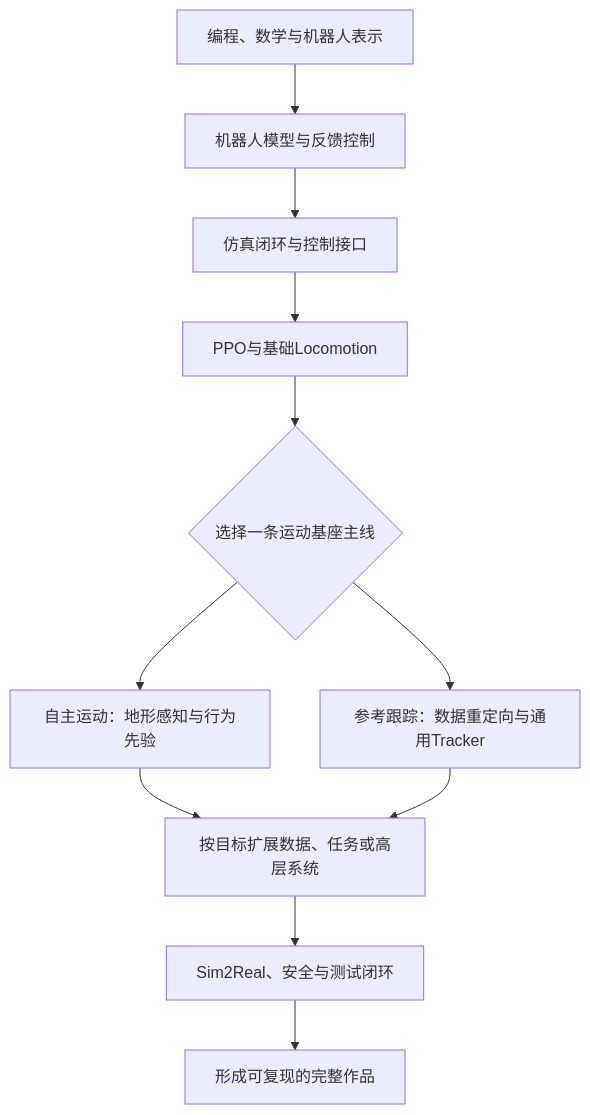
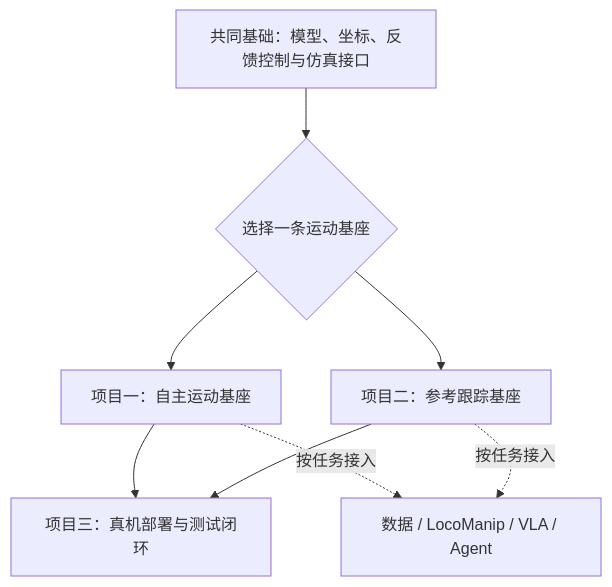
One commit to RealXiaoze/humanoid-motion-intelligence changed the diagram in 技术路线/README.md. Above: the diagram before and after it, drawn with Mermaid. The commit also changed other lines of this file and 11 other files, not shown here.

````diff
--- a/技术路线/README.md
+++ b/技术路线/README.md
@@ -81,13 +85,10 @@
 ```mermaid
 flowchart TB
-    A["编程、数学与机器人表示"] --> B["机器人模型与反馈控制"]
-    B --> C["仿真闭环与控制接口"]
-    C --> D["PPO与基础Locomotion"]
-    D --> E{"选择一条运动基座主线"}
-    E --> E1["自主运动：地形感知与行为先验"]
-    E --> E2["参考跟踪：数据重定向与通用Tracker"]
-    E1 --> F["按目标扩展数据、任务或高层系统"]
-    E2 --> F
-    F --> G["Sim2Real、安全与测试闭环"]
-    G --> H["形成可复现的完整作品"]
+    A["共同基础：模型、坐标、反馈控制与仿真接口"] --> B{"选择一条运动基座"}
+    B --> C["项目一：自主运动基座"]
+    B --> D["项目二：参考跟踪基座"]
+    C --> E["项目三：真机部署与测试闭环"]
+    D --> E
+    C -.按任务接入.-> F["数据 / LocoManip / VLA / Agent"]
+    D -.按任务接入.-> F
 ```
````
